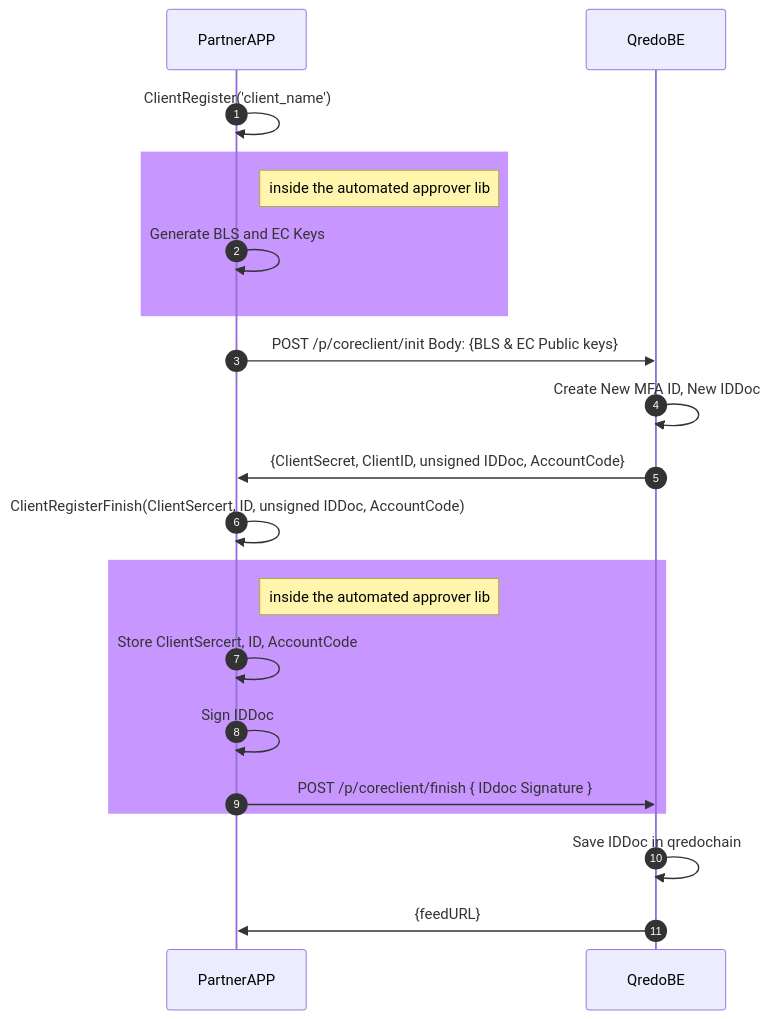
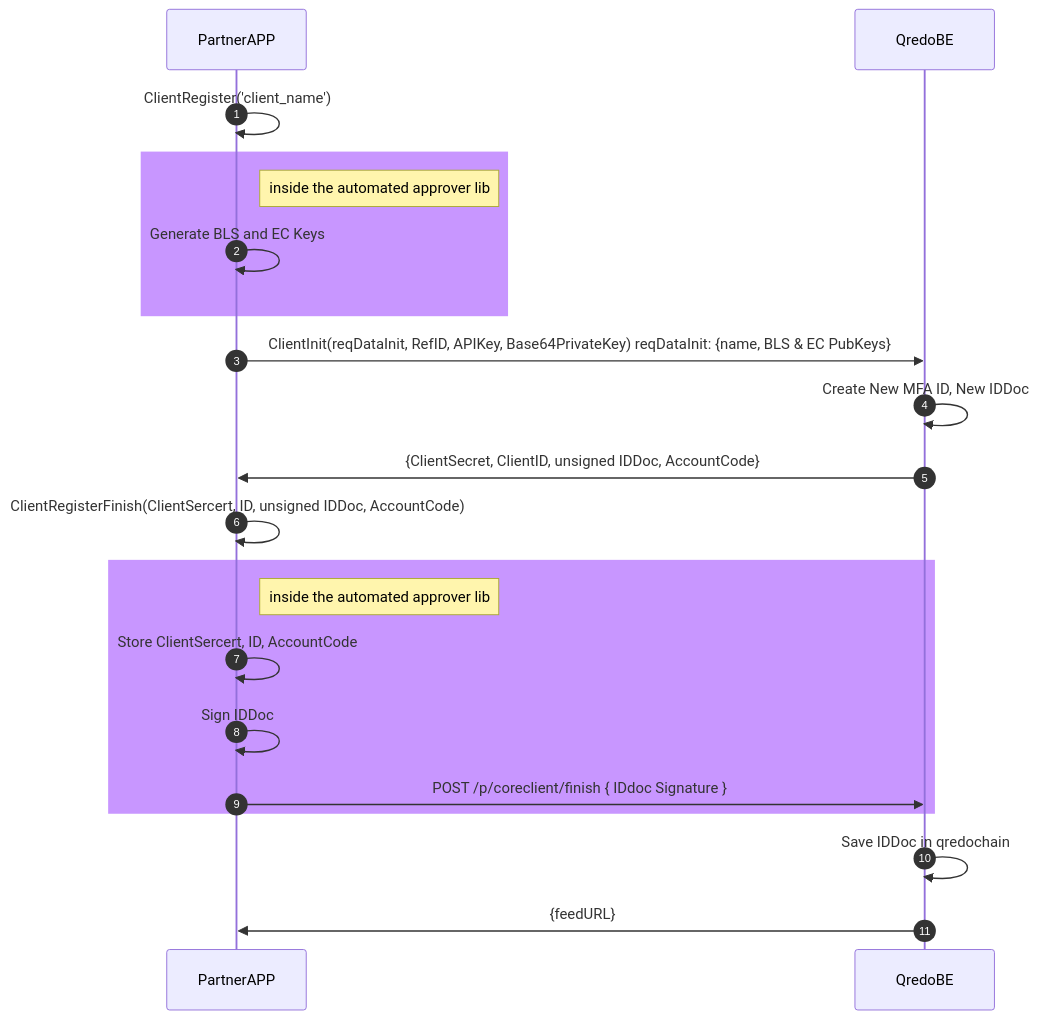
The second of 3 diagrams in doc/usage.md (qredo/signing-agent), drawn with Mermaid before and after one commit. The commit also changed other lines of this file and 23 other files, not shown here.

Commit message:
CE-33 - remove apikey and private.pem files - ZKP credentials

````diff
--- a/doc/usage.md
+++ b/doc/usage.md
@@ -66,22 +68,22 @@
 ```mermaid
 sequenceDiagram
   autonumber
   PartnerAPP->>PartnerAPP:ClientRegister('client_name')
 
   rect rgb(200, 150, 255)
   note right of PartnerAPP: inside the automated approver lib
   PartnerAPP->>PartnerAPP: Generate BLS and EC Keys
   end
-  PartnerAPP->>QredoBE: POST /p/coreclient/init Body: {BLS & EC Public keys}
+  PartnerAPP->>QredoBE: ClientInit(reqDataInit, RefID, APIKey, Base64PrivateKey) reqDataInit: {name, BLS & EC PubKeys}
   QredoBE->>QredoBE: Create New MFA ID, New IDDoc
   QredoBE->>PartnerAPP:{ClientSecret, ClientID, unsigned IDDoc, AccountCode}
   PartnerAPP->>PartnerAPP: ClientRegisterFinish(ClientSercert, ID, unsigned IDDoc, AccountCode)
   rect rgb(200, 150, 255)
   note right of PartnerAPP: inside the automated approver lib
   PartnerAPP->>PartnerAPP: Store ClientSercert, ID, AccountCode
   PartnerAPP->>PartnerAPP: Sign IDDoc
   PartnerAPP->>QredoBE: POST /p/coreclient/finish { IDdoc Signature }
   end
   QredoBE->>QredoBE: Save IDDoc in qredochain
   QredoBE->>PartnerAPP: {feedURL}
 ```
````
